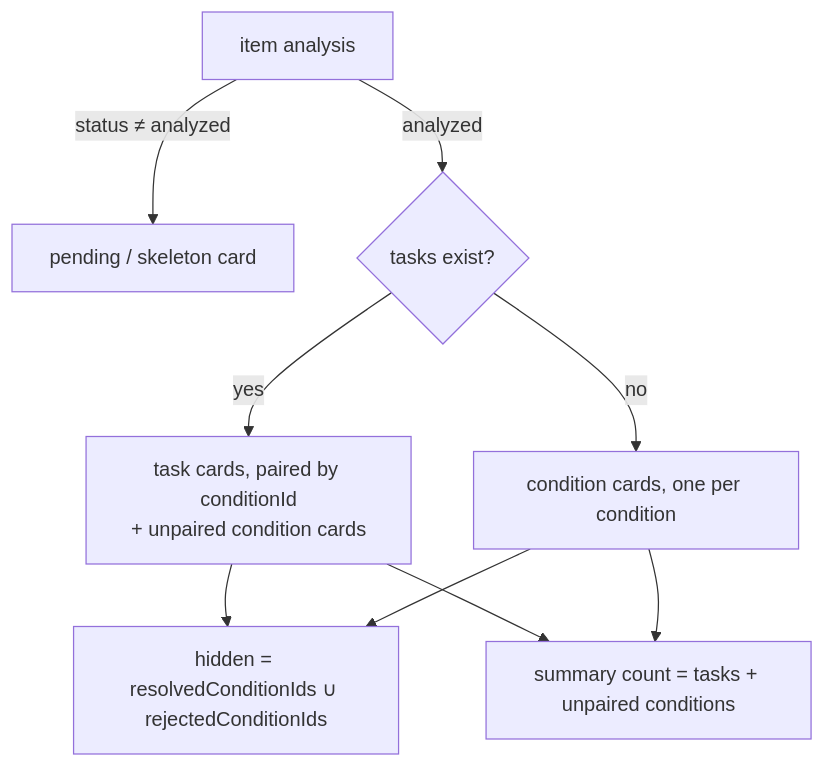
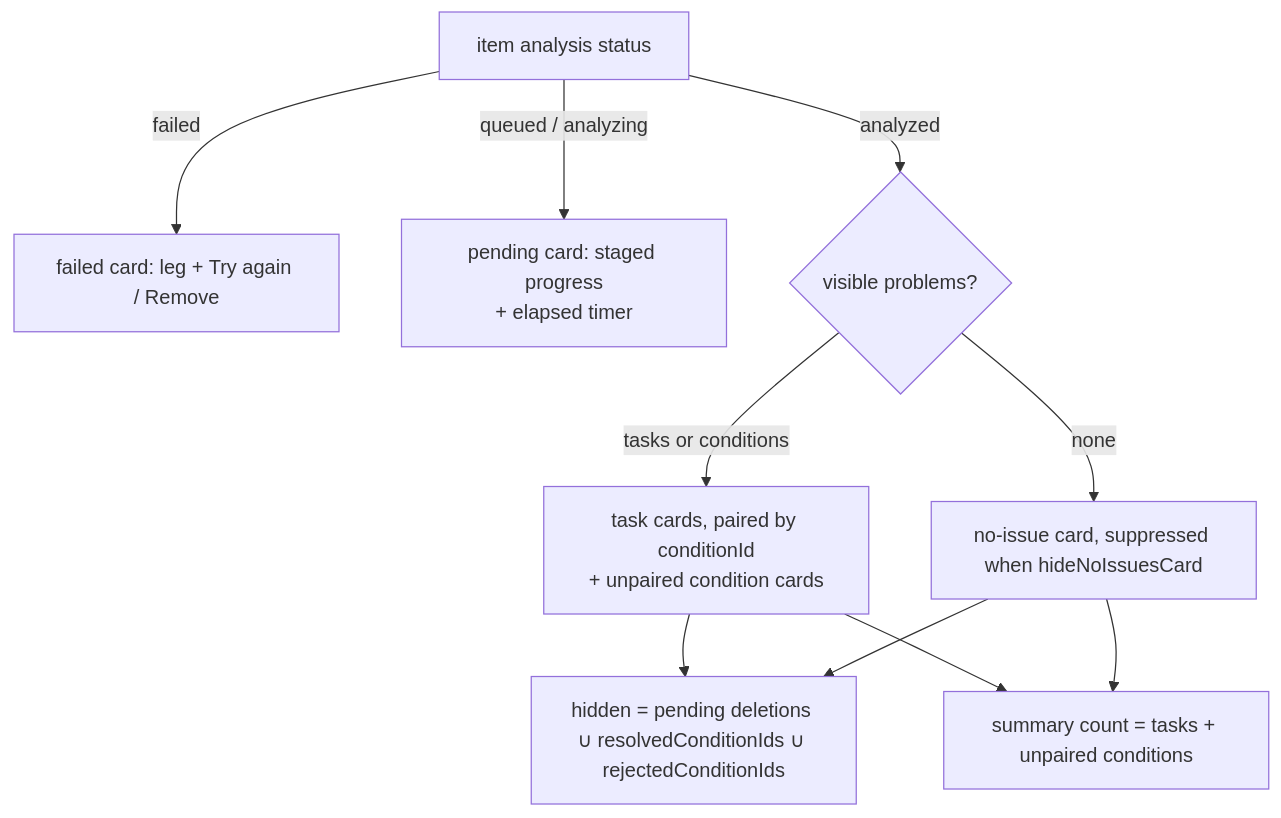
Before and after one commit to Mayor-s-Office-of-Innovation/good-neighbor-app: the fifth of 6 diagrams in docs/perimeter-check-data-flow.md, drawn with Mermaid. The commit also changed other lines of this file and 1 other file, not shown here.

````diff
--- a/docs/perimeter-check-data-flow.md
+++ b/docs/perimeter-check-data-flow.md
@@ -377,11 +399,12 @@
 ```mermaid
 flowchart TD
-  A[item analysis] -->|"status ≠ analyzed"| B[pending / skeleton card]
-  A -->|"analyzed"| C{tasks exist?}
-  C -->|yes| D[task cards, paired by conditionId<br/>+ unpaired condition cards]
-  C -->|no| E[condition cards, one per condition]
-  D --> F[hidden = resolvedConditionIds ∪ rejectedConditionIds]
-  E --> F
-  D --> G["summary count = tasks + unpaired conditions"]
-  E --> G
+  A[item analysis status] -->|failed| B[failed card: leg + Try again / Remove]
+  A -->|queued / analyzing| C[pending card: staged progress<br/>+ elapsed timer]
+  A -->|analyzed| D{visible problems?}
+  D -->|"tasks or conditions"| E[task cards, paired by conditionId<br/>+ unpaired condition cards]
+  D -->|none| F[no-issue card, suppressed when hideNoIssuesCard]
+  E --> G[hidden = pending deletions ∪ resolvedConditionIds ∪ rejectedConditionIds]
+  F --> G
+  E --> H["summary count = tasks + unpaired conditions"]
+  F --> H
 ```
````
